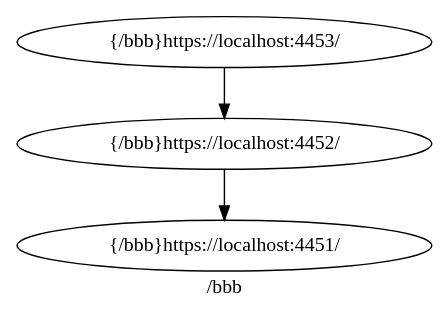
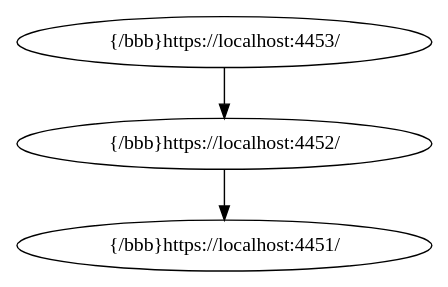
Before and after one commit to benhorv/moq-rs-topo: the diagram in README.md, drawn with Graphviz.

Commit message:
fix dot graph in readme

````diff
--- a/README.md
+++ b/README.md
@@ -13,12 +13,10 @@
 ```dot
 digraph bbb {
-    label = "/bbb"
-    id = "/bbb"
     R1 [label="{/bbb}https://localhost:4451/"]
     R2 [label="{/bbb}https://localhost:4452/"]
     R3 [label="{/bbb}https://localhost:4453/"]
 
     R3 -> R2 -> R1;
 }
 
 ```
````
